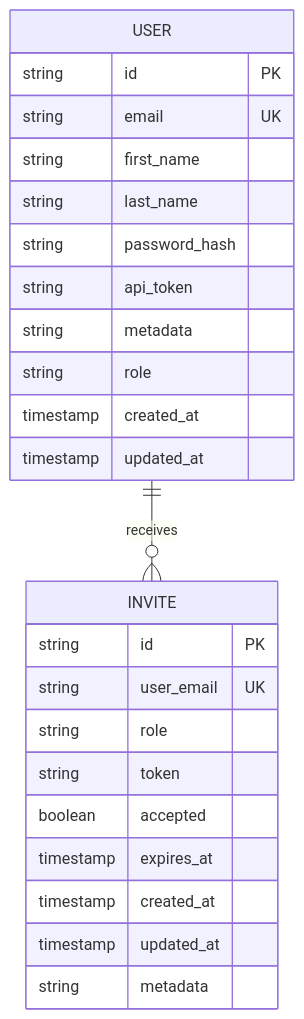
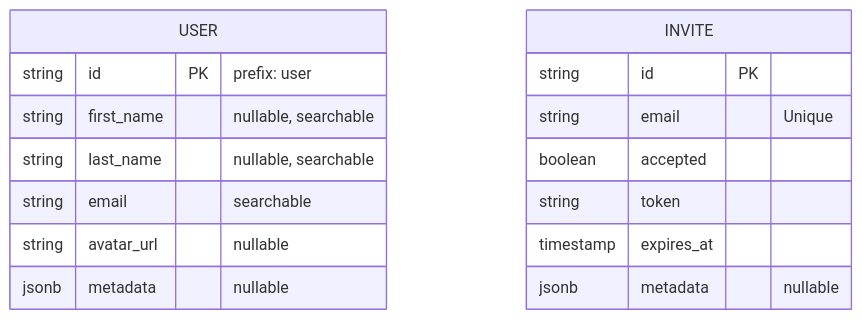
Before and after one commit to caocuong2404/medusa-architecture: the diagram in user.mermaid, drawn with Mermaid.

```diff
--- a/user.mermaid
+++ b/user.mermaid
@@ -1,27 +1,18 @@
 erDiagram
     USER {
-        string id PK
-        string email UK
-        string first_name
-        string last_name
-        string password_hash
-        string api_token
-        string metadata
-        string role
-        timestamp created_at
-        timestamp updated_at
+        string id PK "prefix: user"
+        string first_name "nullable, searchable"
+        string last_name "nullable, searchable"
+        string email "searchable"
+        string avatar_url "nullable"
+        jsonb metadata "nullable"
     }
     
     INVITE {
         string id PK
-        string user_email UK
-        string role
+        string email "Unique"
+        boolean accepted
         string token
-        boolean accepted
         timestamp expires_at
-        timestamp created_at
-        timestamp updated_at
-        string metadata
+        jsonb metadata "nullable"
     }
-    
-    USER ||--o{ INVITE : receives
```
